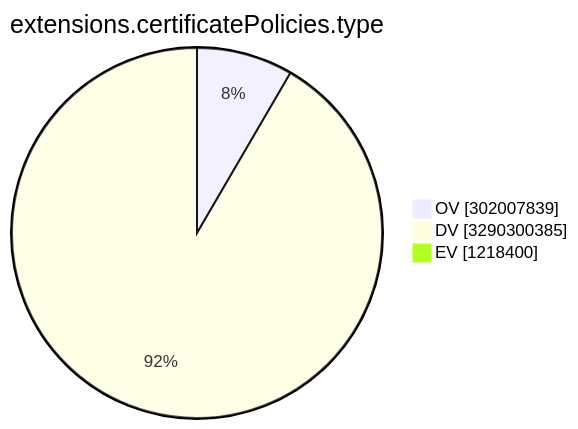
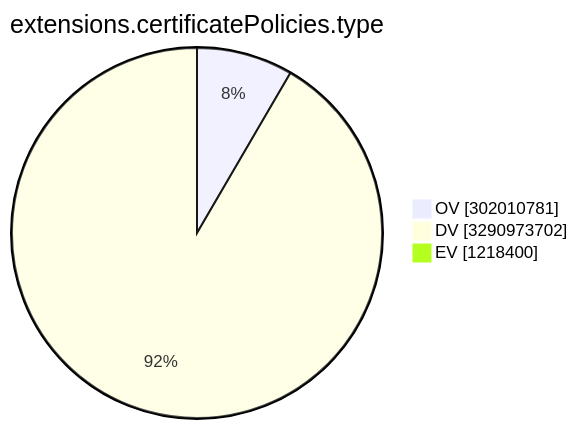
The ninth of 15 diagrams in TOTAL/README.md (christiankrug/ctmonitor_visualization), drawn with Mermaid before and after one commit. The commit also changed other lines of this file, not shown here.

````diff
--- a/TOTAL/README.md
+++ b/TOTAL/README.md
@@ -3107,7 +3107,7 @@
 ```mermaid
 pie showData
 title extensions.certificatePolicies.type
-"OV" :302007839
-"DV" :3290300385
+"OV" :302010781
+"DV" :3290973702
 "EV" :1218400
 ```
````
